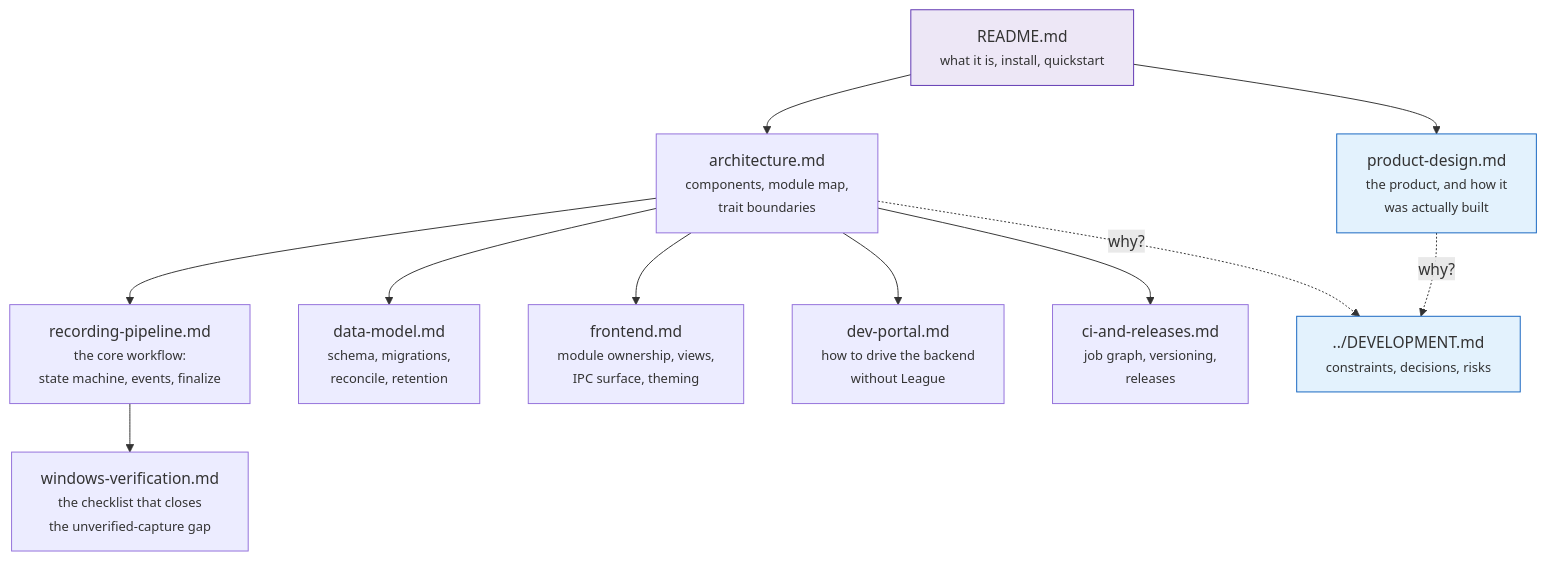
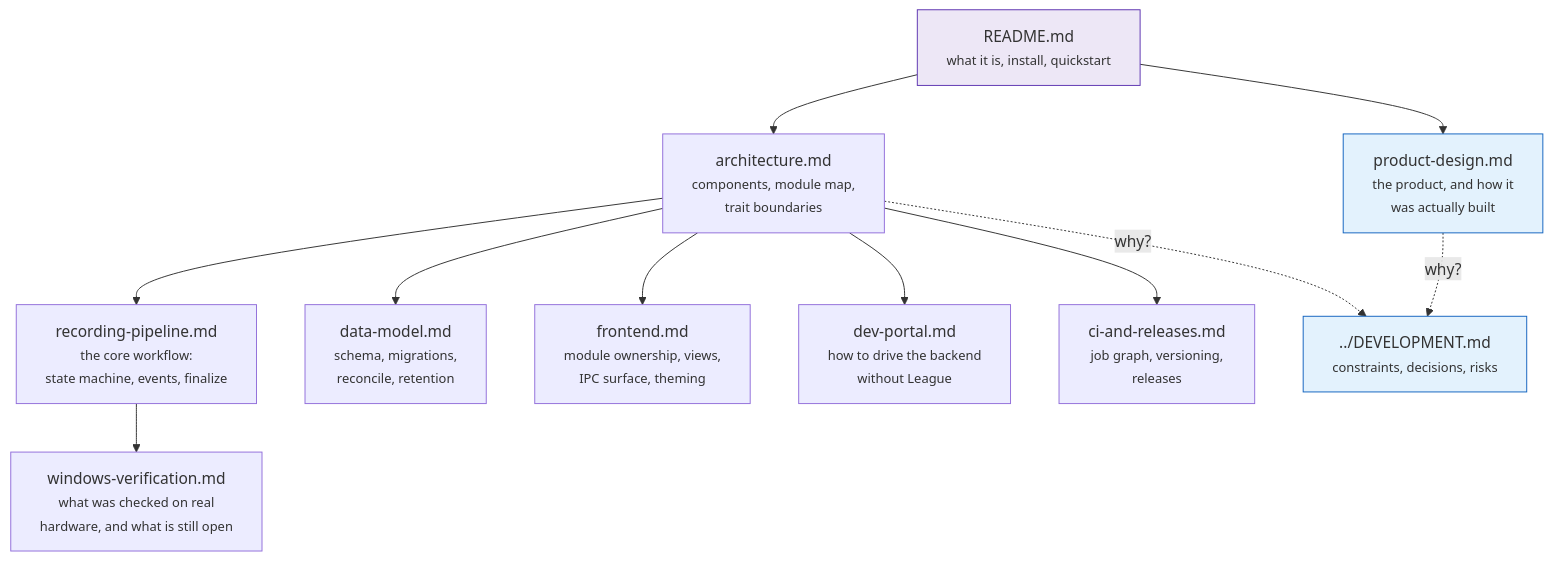
One commit to NinjaGoldfinch/ninja-recorder changed the diagram in docs/README.md. Above: the diagram before and after it, drawn with Mermaid. The commit also changed 6 other files, not shown here.

````diff
--- a/docs/README.md
+++ b/docs/README.md
@@ -18,27 +18,27 @@
 ```mermaid
 flowchart TB
     R["README.md<br/><small>what it is, install, quickstart</small>"]
     A["architecture.md<br/><small>components, module map,<br/>trait boundaries</small>"]
     P["recording-pipeline.md<br/><small>the core workflow:<br/>state machine, events, finalize</small>"]
     D["data-model.md<br/><small>schema, migrations,<br/>reconcile, retention</small>"]
     F["frontend.md<br/><small>module ownership, views,<br/>IPC surface, theming</small>"]
     V["dev-portal.md<br/><small>how to drive the backend<br/>without League</small>"]
     C["ci-and-releases.md<br/><small>job graph, versioning,<br/>releases</small>"]
-    W["windows-verification.md<br/><small>the checklist that closes<br/>the unverified-capture gap</small>"]
+    W["windows-verification.md<br/><small>what was checked on real<br/>hardware, and what is still open</small>"]
     PD["product-design.md<br/><small>the product, and how it<br/>was actually built</small>"]
     DEV["../DEVELOPMENT.md<br/><small>constraints, decisions, risks</small>"]
 
     R --> A
     A --> P
     A --> D
     A --> F
     P --> W
     A --> V
     A --> C
     A -.->|"why?"| DEV
     R --> PD
     PD -.->|"why?"| DEV
     style R fill:#ede7f6,stroke:#5e35b1
     style DEV fill:#e3f2fd,stroke:#1565c0
     style PD fill:#e3f2fd,stroke:#1565c0
 ```
````
